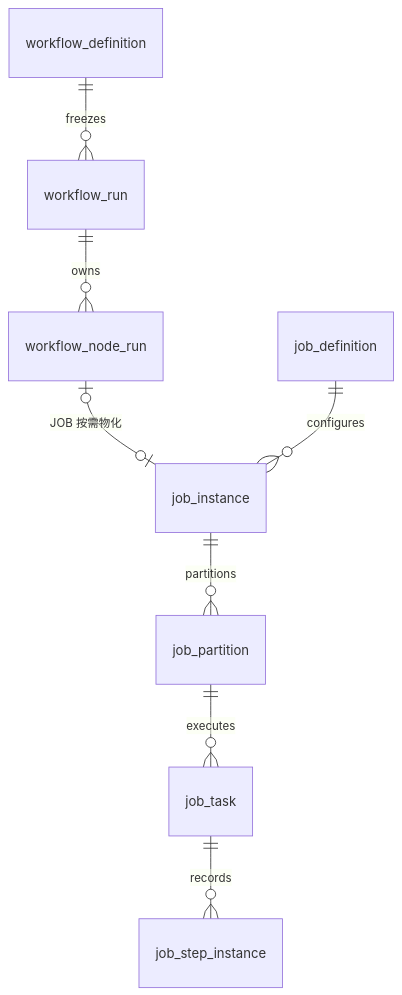
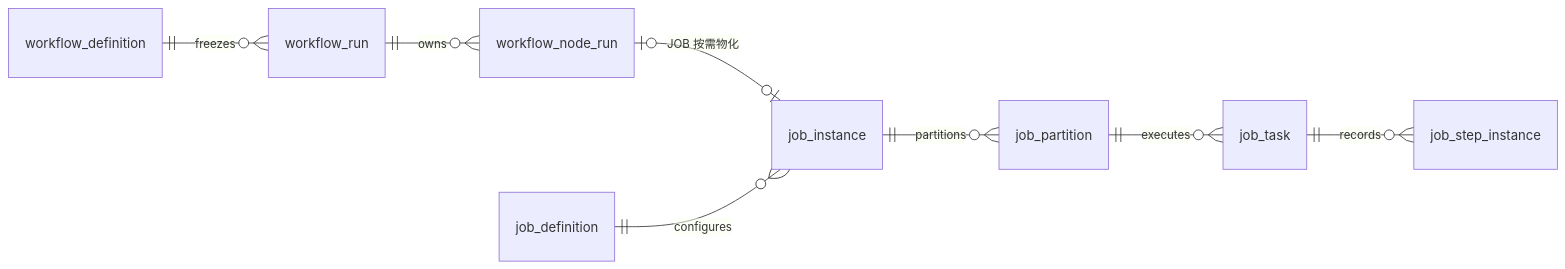
The fourth of 6 diagrams in docs/architecture/workflow-dependency-guide.md (pinpols/file-batch-system), drawn with Mermaid before and after one commit. The commit also changed other lines of this file and 11 other files, not shown here.

First line of the commit message:
docs(diagram): P2 文档图按图例统一并按源码核对状态机 (#1383)

````diff
--- a/docs/architecture/workflow-dependency-guide.md
+++ b/docs/architecture/workflow-dependency-guide.md
@@ -141,11 +150,12 @@
 ```mermaid
 %%{init: {"flowchart":{"curve":"linear","nodeSpacing":32,"rankSpacing":48},"sequence":{"mirrorActors":false}}}%%
 erDiagram
+  direction LR
   workflow_definition ||--o{ workflow_run : freezes
   workflow_run ||--o{ workflow_node_run : owns
   workflow_node_run o|--o| job_instance : "JOB 按需物化"
   job_definition ||--o{ job_instance : configures
   job_instance ||--o{ job_partition : partitions
   job_partition ||--o{ job_task : executes
   job_task ||--o{ job_step_instance : records
 ```
````
